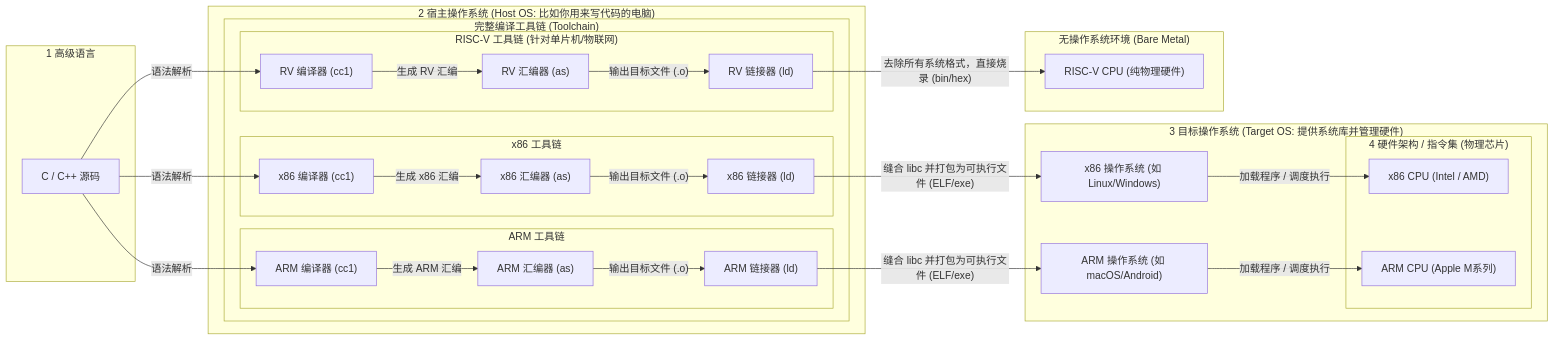
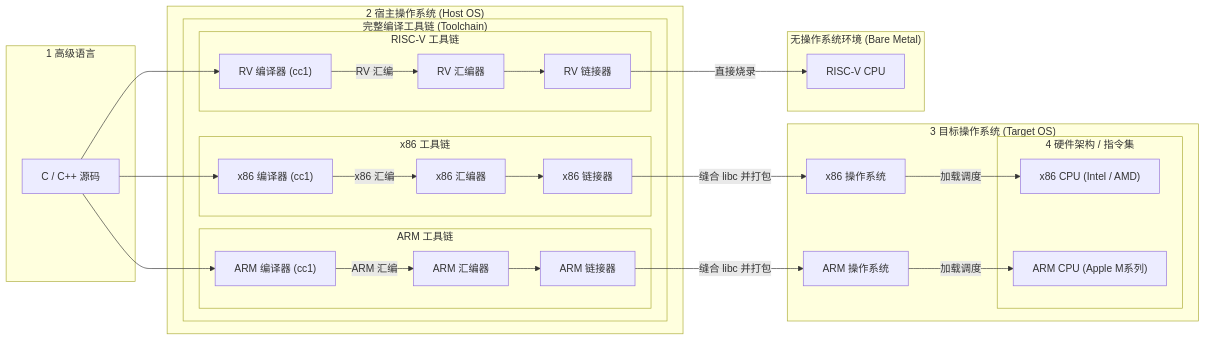
One commit to Lysssyo/Lysssyo.github.io changed the sixth of 6 diagrams in docs/01-计算机基础/操作系统/指令集、芯片与操作系统的底层协同.md. Above: the diagram before and after it, drawn with Mermaid. The commit also changed other lines of this file and 1 other file, not shown here.

````diff
--- a/docs/01-计算机基础/操作系统/指令集、芯片与操作系统的底层协同.md
+++ b/docs/01-计算机基础/操作系统/指令集、芯片与操作系统的底层协同.md
@@ -219,53 +189,50 @@
 ```mermaid
 graph LR
     subgraph "1 高级语言"
         CODE["C / C++ 源码"]
     end
 
-    subgraph "2 宿主操作系统 (Host OS: 比如你用来写代码的电脑)"
+    subgraph "2 宿主操作系统 (Host OS)"
         subgraph "完整编译工具链 (Toolchain)"
             subgraph "x86 工具链"
-                Compiler_X86["x86 编译器 (cc1)"] -->|"生成 x86 汇编"| Assembler_X86["x86 汇编器 (as)"]
-                Assembler_X86 -->|"输出目标文件 (.o)"| Linker_X86["x86 链接器 (ld)"]
+                Compiler_X86["x86 编译器 (cc1)"] -->|"x86 汇编"| Assembler_X86["x86 汇编器"]
+                Assembler_X86 --> Linker_X86["x86 链接器"]
             end
 
             subgraph "ARM 工具链"
-                Compiler_ARM["ARM 编译器 (cc1)"] -->|"生成 ARM 汇编"| Assembler_ARM["ARM 汇编器 (as)"]
-                Assembler_ARM -->|"输出目标文件 (.o)"| Linker_ARM["ARM 链接器 (ld)"]
+                Compiler_ARM["ARM 编译器 (cc1)"] -->|"ARM 汇编"| Assembler_ARM["ARM 汇编器"]
+                Assembler_ARM --> Linker_ARM["ARM 链接器"]
             end
             
-            subgraph "RISC-V 工具链 (针对单片机/物联网)"
-                Compiler_RV["RV 编译器 (cc1)"] -->|"生成 RV 汇编"| Assembler_RV["RV 汇编器 (as)"]
-                Assembler_RV -->|"输出目标文件 (.o)"| Linker_RV["RV 链接器 (ld)"]
+            subgraph "RISC-V 工具链"
+                Compiler_RV["RV 编译器 (cc1)"] -->|"RV 汇编"| Assembler_RV["RV 汇编器"]
+                Assembler_RV --> Linker_RV["RV 链接器"]
             end
         end
     end
 
-    subgraph "3 目标操作系统 (Target OS: 提供系统库并管理硬件)"
-        OS_X86["x86 操作系统 (如 Linux/Windows)"]
-        OS_ARM["ARM 操作系统 (如 macOS/Android)"]
+    subgraph "3 目标操作系统 (Target OS)"
+        OS_X86["x86 操作系统"]
+        OS_ARM["ARM 操作系统"]
         
-        subgraph "4 硬件架构 / 指令集 (物理芯片)"
+        subgraph "4 硬件架构 / 指令集"
             X86["x86 CPU (Intel / AMD)"]
             ARM["ARM CPU (Apple M系列)"]
         end
         
-        OS_X86 -->|"加载程序 / 调度执行"| X86
-        OS_ARM -->|"加载程序 / 调度执行"| ARM
+        OS_X86 -->|"加载调度"| X86
+        OS_ARM -->|"加载调度"| ARM
     end
     
     subgraph "无操作系统环境 (Bare Metal)"
-        RV["RISC-V CPU (纯物理硬件)"]
+        RV["RISC-V CPU"]
     end
 
-    %% 跨层连线
-    CODE -->|"语法解析"| Compiler_X86
-    CODE -->|"语法解析"| Compiler_ARM
-    CODE -->|"语法解析"| Compiler_RV
+    CODE --> Compiler_X86
+    CODE --> Compiler_ARM
+    CODE --> Compiler_RV
 
-    Linker_X86 -->|"缝合 libc 并打包为可执行文件 (ELF/exe)"| OS_X86
-    Linker_ARM -->|"缝合 libc 并打包为可执行文件 (ELF/exe)"| OS_ARM
-    
-    %% 只有无操作系统的单片机，才会将纯二进制直接烧录进硬件
-    Linker_RV -->|"去除所有系统格式，直接烧录 (bin/hex)"| RV
+    Linker_X86 -->|"缝合 libc 并打包"| OS_X86
+    Linker_ARM -->|"缝合 libc 并打包"| OS_ARM
+    Linker_RV -->|"直接烧录"| RV
 ```
````
